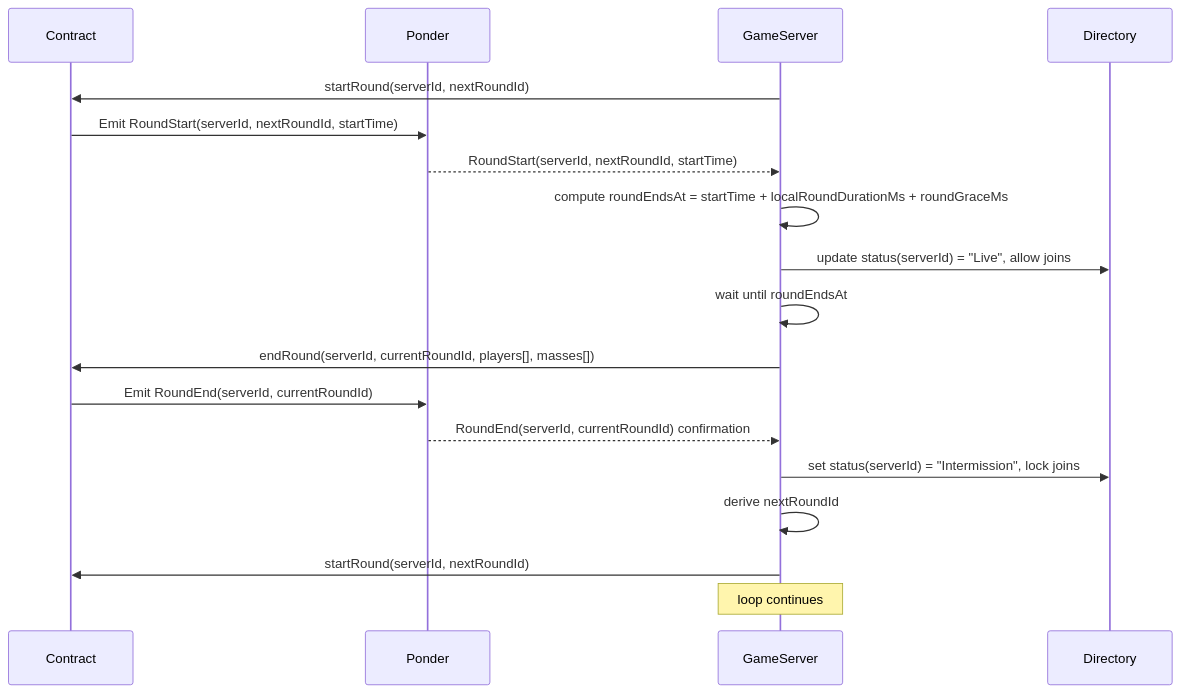
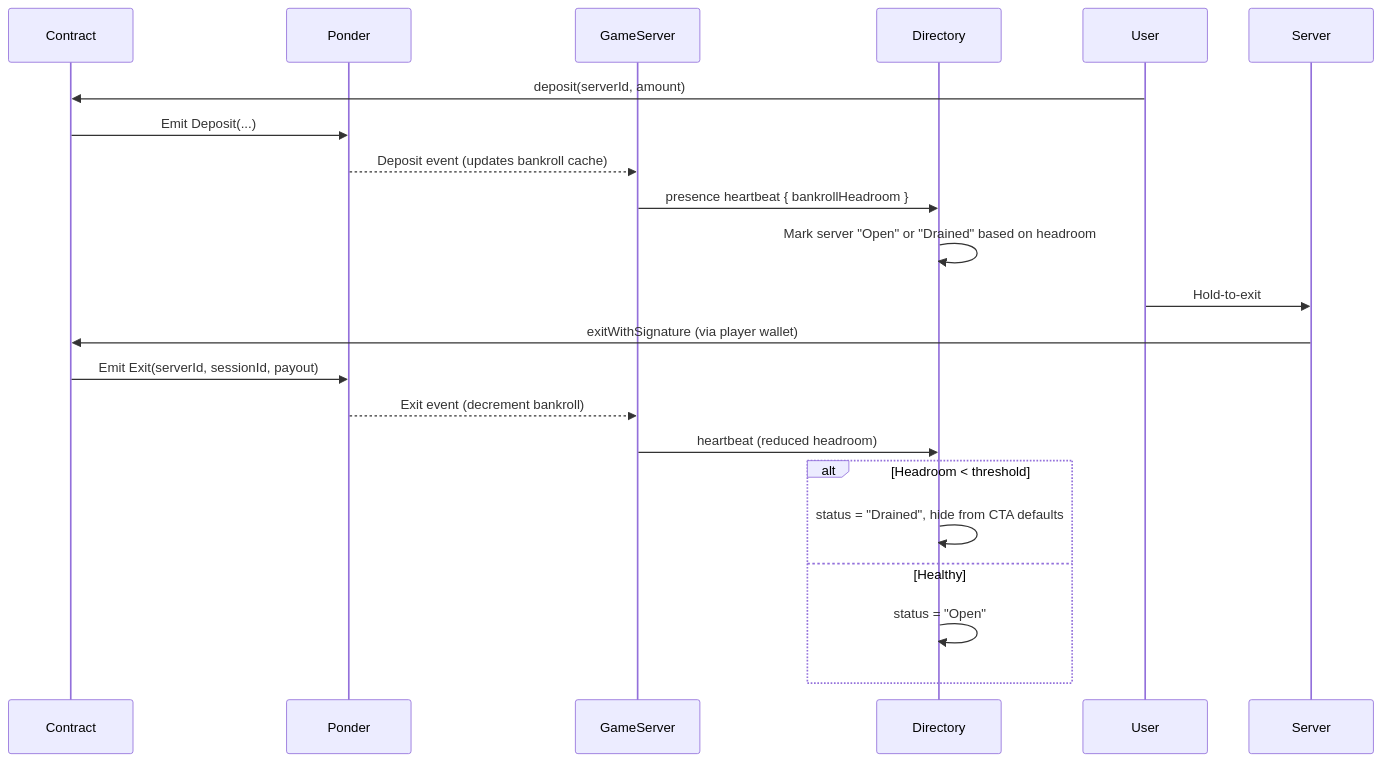
The ninth of 9 diagrams in ARCHITECTURE.md (TheExpandingPolytope/goonverse), drawn with Mermaid before and after one commit. The commit also changed other lines of this file and 37 other files, not shown here.

````diff
--- a/ARCHITECTURE.md
+++ b/ARCHITECTURE.md
@@ -366,21 +442,24 @@
 ```mermaid
 sequenceDiagram
     participant Contract
     participant Ponder
     participant GameServer
     participant Directory
 
-    GameServer->>Contract: startRound(serverId, nextRoundId)
-    Contract->>Ponder: Emit RoundStart(serverId, nextRoundId, startTime)
-    Ponder-->>GameServer: RoundStart(serverId, nextRoundId, startTime)
-    GameServer->>GameServer: compute roundEndsAt = startTime + localRoundDurationMs + roundGraceMs
-    GameServer->>Directory: update status(serverId) = "Live", allow joins
-    GameServer->>GameServer: wait until roundEndsAt
-    GameServer->>Contract: endRound(serverId, currentRoundId, players[], masses[])
-    Contract->>Ponder: Emit RoundEnd(serverId, currentRoundId)
-    Ponder-->>GameServer: RoundEnd(serverId, currentRoundId) confirmation
-    GameServer->>Directory: set status(serverId) = "Intermission", lock joins
-    GameServer->>GameServer: derive nextRoundId
-    GameServer->>Contract: startRound(serverId, nextRoundId)
-    Note over GameServer: loop continues
+    User->>Contract: deposit(serverId, amount)
+    Contract->>Ponder: Emit Deposit(...)
+    Ponder-->>GameServer: Deposit event (updates bankroll cache)
+    GameServer->>Directory: presence heartbeat { bankrollHeadroom }
+    Directory->>Directory: Mark server "Open" or "Drained" based on headroom
+
+    User->>Server: Hold-to-exit
+    Server->>Contract: exitWithSignature (via player wallet)
+    Contract->>Ponder: Emit Exit(serverId, sessionId, payout)
+    Ponder-->>GameServer: Exit event (decrement bankroll)
+    GameServer->>Directory: heartbeat (reduced headroom)
+    alt Headroom < threshold
+        Directory->>Directory: status = "Drained", hide from CTA defaults
+    else Healthy
+        Directory->>Directory: status = "Open"
+    end
 ```
````
